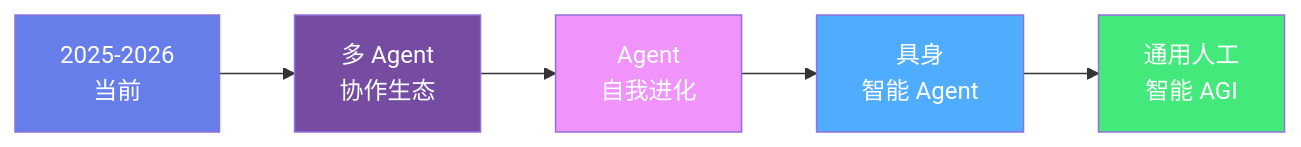
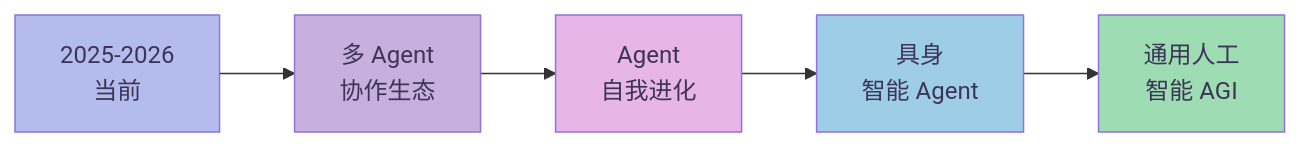
Diagram 12 of 12 in _posts/2026-04-15-ai-agent.md (caoping0623/caoping0623.github.io), drawn with Mermaid before and after one commit. The commit also changed other lines of this file and 2 other files, not shown here.

First line of the commit message:
feat: apply soft macaron pastel color scheme with beige background and rounded diagram containers

```diff
--- a/_posts/2026-04-15-ai-agent.md
+++ b/_posts/2026-04-15-ai-agent.md
@@ -786,13 +786,13 @@
 <div class="mermaid">
 graph LR
     NOW[2025-2026<br/>当前] --> N1[多 Agent<br/>协作生态]
     N1 --> N2[Agent<br/>自我进化]
     N2 --> N3[具身<br/>智能 Agent]
     N3 --> N4[通用人工<br/>智能 AGI]
 
-    style NOW fill:#667eea,color:#fff
-    style N1 fill:#764ba2,color:#fff
-    style N2 fill:#f093fb,color:#fff
-    style N3 fill:#4facfe,color:#fff
-    style N4 fill:#43e97b,color:#fff
+    style NOW fill:#b4bcee,color:#3d3556
+    style N1 fill:#c8b0de,color:#3d3556
+    style N2 fill:#e8b5e8,color:#3d3556
+    style N3 fill:#9ecde8,color:#3d3556
+    style N4 fill:#9edcb4,color:#3d3556
 </div>
```
